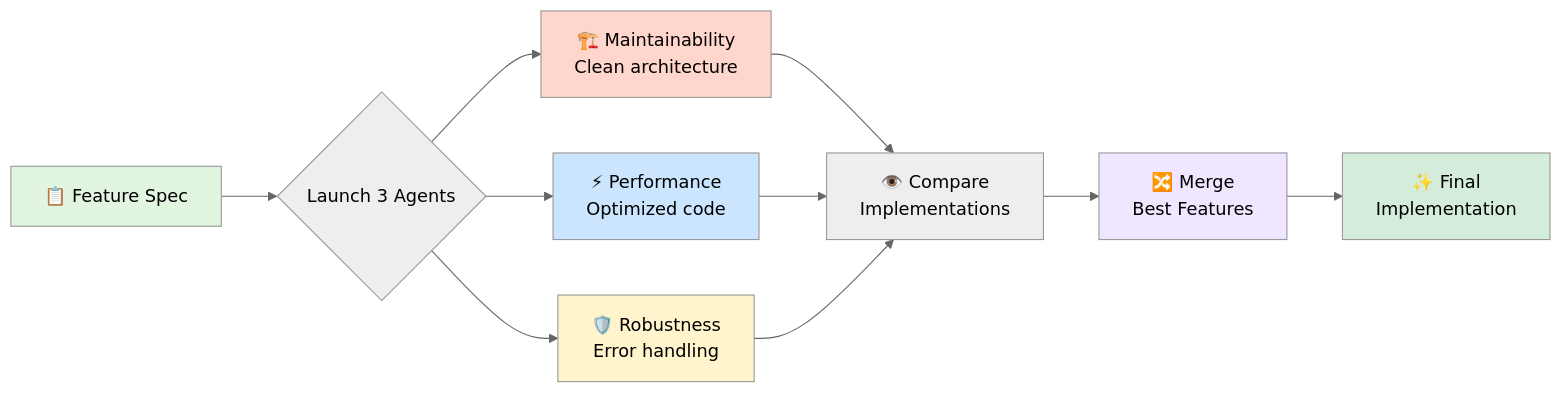
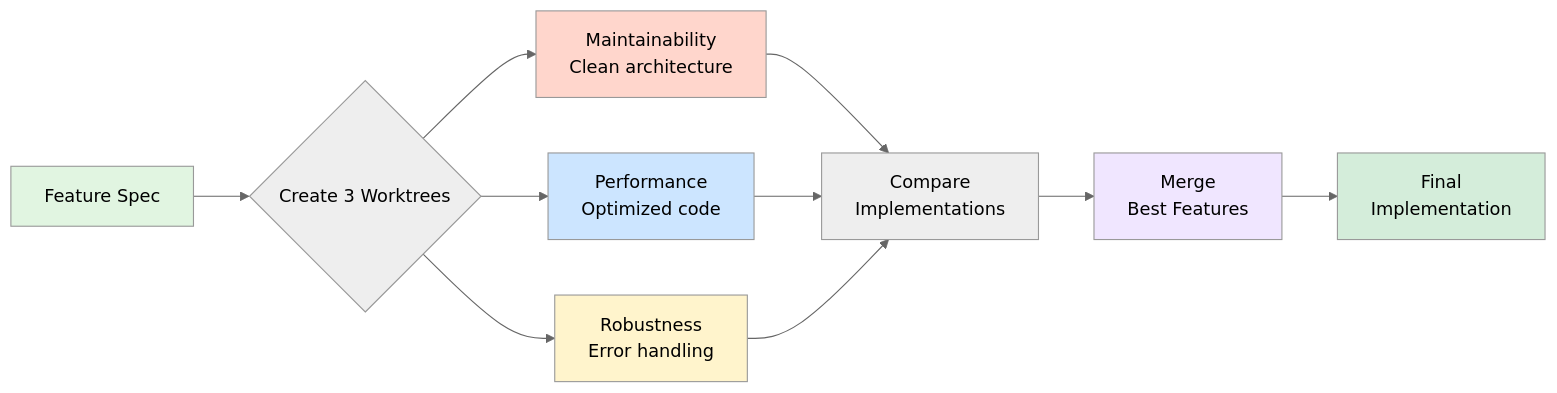
Before and after one commit to vibeacademy/referee-pattern: the diagram in README.md, drawn with Mermaid (neutral theme). The commit also changed other lines of this file, not shown here.

````diff
--- a/README.md
+++ b/README.md
@@ -29,22 +29,22 @@
 ```mermaid
 graph LR
-    Start[📋 Feature Spec] --> Parallel{Launch 3 Agents}
+    Start[Feature Spec] --> Parallel{Create 3 Worktrees}
 
-    Parallel --> M[🏗️ Maintainability<br/>Clean architecture]
-    Parallel --> P[⚡ Performance<br/>Optimized code]
-    Parallel --> R[🛡️ Robustness<br/>Error handling]
+    Parallel --> M[Maintainability<br/>Clean architecture]
+    Parallel --> P[Performance<br/>Optimized code]
+    Parallel --> R[Robustness<br/>Error handling]
 
-    M --> Compare[👁️ Compare<br/>Implementations]
+    M --> Compare[Compare<br/>Implementations]
     P --> Compare
     R --> Compare
 
-    Compare --> Merge[🔀 Merge<br/>Best Features]
-    Merge --> Final[✨ Final<br/>Implementation]
+    Compare --> Merge[Merge<br/>Best Features]
+    Merge --> Final[Final<br/>Implementation]
 
     style Start fill:#e1f5e1
     style M fill:#ffd6cc
     style P fill:#cce5ff
     style R fill:#fff4cc
     style Merge fill:#f0e6ff
     style Final fill:#d4edda
 ```
````
